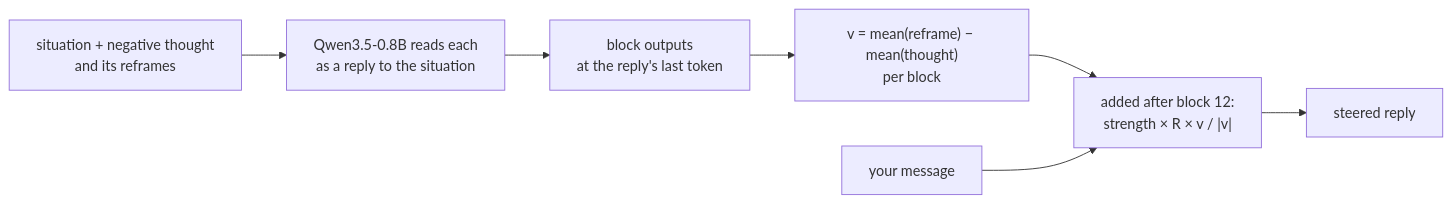
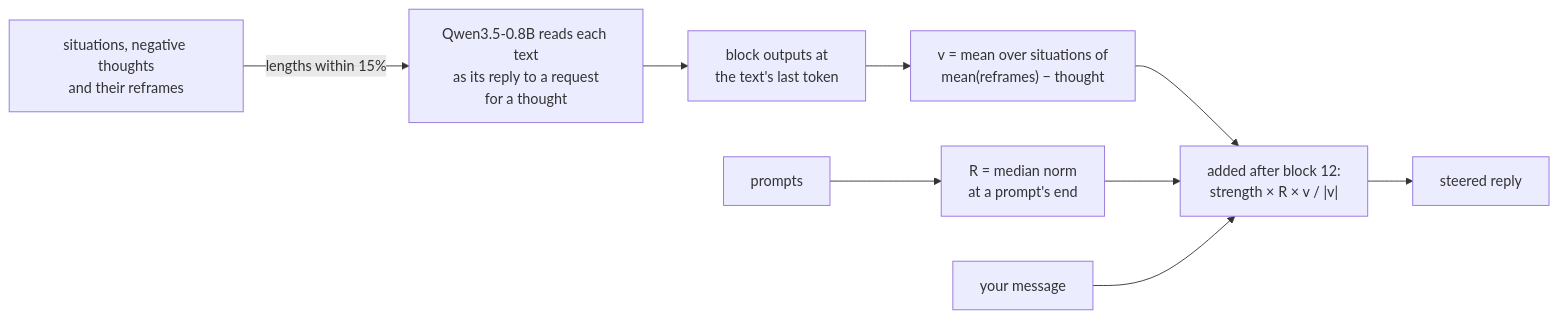
Before and after one commit to gustavecortal/thought-steering: the diagram in README.md, drawn with Mermaid. The commit also changed other lines of this file and 2 other files, not shown here.

````diff
--- a/README.md
+++ b/README.md
@@ -23,9 +30,11 @@
 ```mermaid
 flowchart LR
-  P["situation + negative thought<br/>and its reframes"] --> H["Qwen3.5-0.8B reads each<br/>as a reply to the situation"]
-  H --> B["block outputs<br/>at the reply's last token"]
-  B --> D["v = mean(reframe) − mean(thought)<br/>per block"]
+  P["situations, negative thoughts<br/>and their reframes"] -->|"lengths within 15%"| H["Qwen3.5-0.8B reads each text<br/>as its reply to a request<br/>for a thought"]
+  H --> B["block outputs at<br/>the text's last token"]
+  B --> D["v = mean over situations of<br/>mean(reframes) − thought"]
+  Q["prompts"] --> R["R = median norm<br/>at a prompt's end"]
   D --> S["added after block 12:<br/>strength × R × v / |v|"]
+  R --> S
   M[your message] --> S
-  S --> R[steered reply]
+  S --> O[steered reply]
 ```
````
